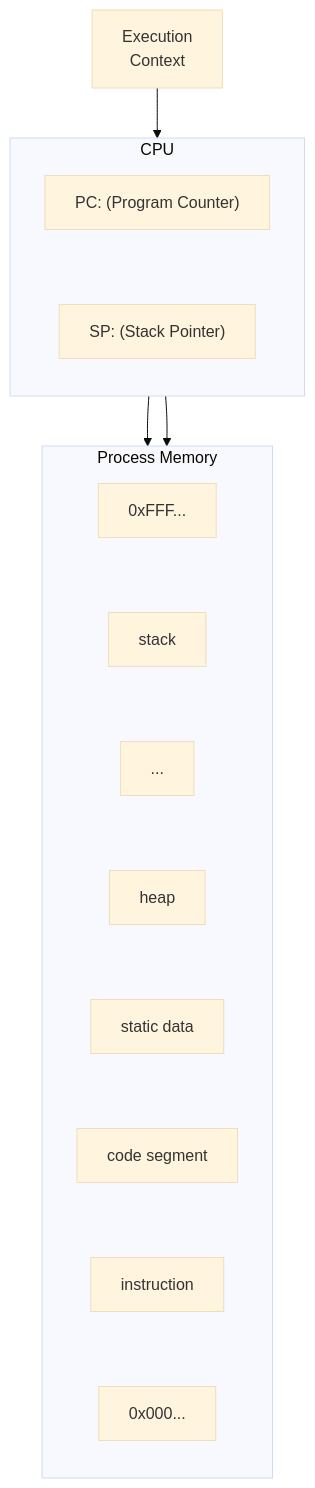
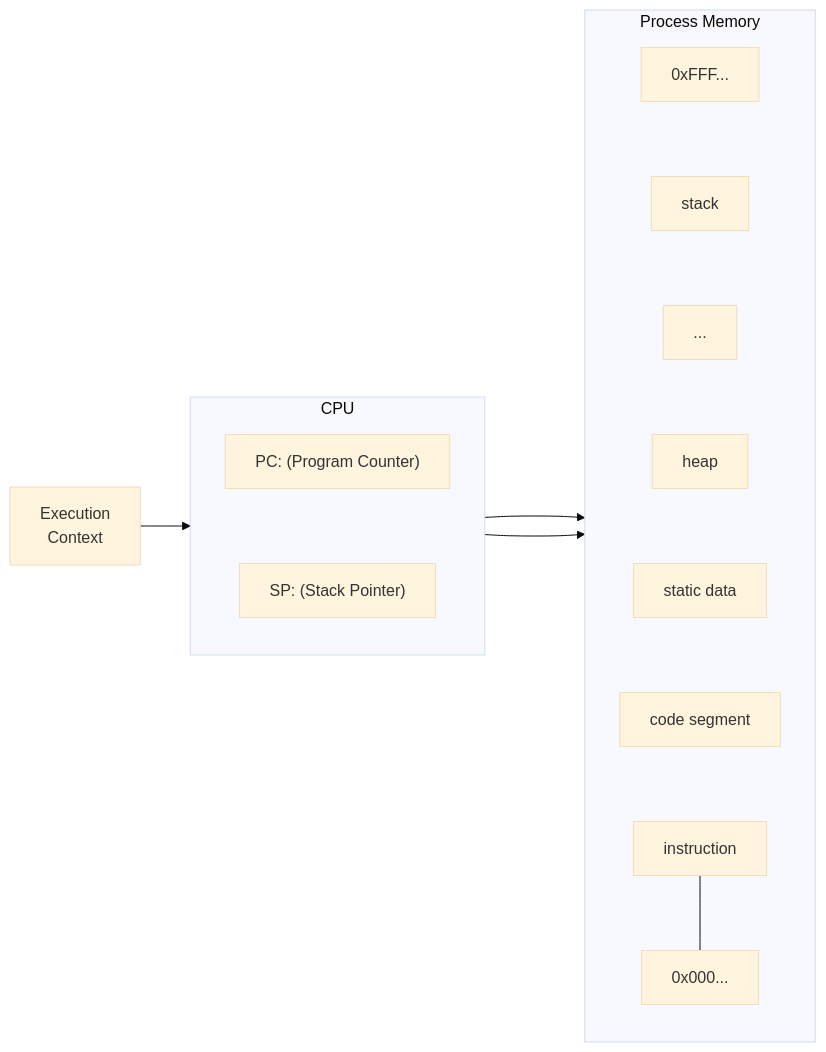
The first of 3 diagrams in md/os-lec02-process-context-switch-20260717.md (ttithipan/cei), drawn with Mermaid (base theme) before and after one commit.

Commit message:
fix: use solid links with hidden stroke for rigid memory column
- Revert to flowchart LR for side-by-side Execution Context / CPU / Memory
- Solid --- links force Dagre layout engine to keep memory nodes in strict vertical column
- linkStyle stroke-width:0px hides them for clean visual
- ---> longer arrows give cross-subgraph connections more routing room

````diff
--- a/md/os-lec02-process-context-switch-20260717.md
+++ b/md/os-lec02-process-context-switch-20260717.md
@@ -390,24 +390,29 @@
 ```mermaid
-flowchart TD
+flowchart LR
     EC["Execution<br/>Context"] --> CPU
+
     subgraph CPU
         direction TB
         PC["PC: (Program Counter)"]
         SP["SP: (Stack Pointer)"]
         PC ~~~ SP
     end
+
     subgraph Process["Process Memory"]
         direction TB
         TOP["0xFFF..."]
         STACK["stack"]
         GAP["..."]
         HEAP["heap"]
         SD["static data"]
         CS["code segment"]
         INST["instruction"]
         BOTTOM["0x000..."]
-        TOP ~~~ STACK ~~~ GAP ~~~ HEAP ~~~ SD ~~~ CS ~~~ INST ~~~ BOTTOM
+        TOP --- STACK --- GAP --- HEAP --- SD --- CS --- INST --- BOTTOM
     end
-    PC --> INST
-    SP --> STACK
+
+    PC ---> INST
+    SP ---> STACK
+
+    linkStyle 1,2,3,4,5,6,7 stroke-width:0px;
 ```
````
